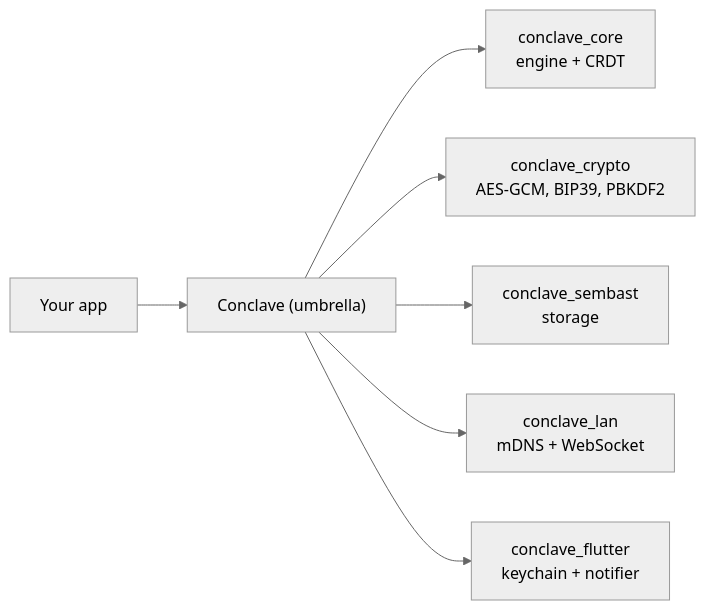
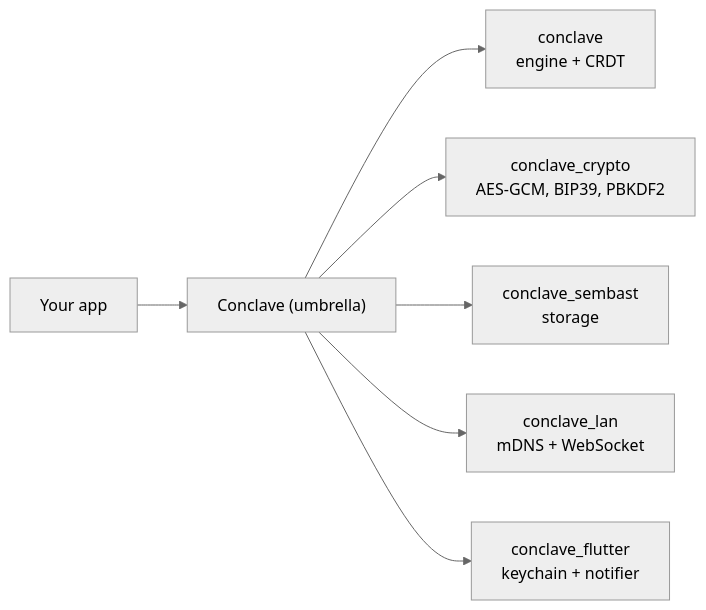
Before and after one commit to nodsoftware/passnote: the diagram in docs/index.md, drawn with Mermaid (neutral theme). The commit also changed other lines of this file and 122 other files, not shown here.

Commit message:
🚚 Rename conclave_core to conclave; fold the umbrella into conclave_flutter.

````diff
--- a/docs/index.md
+++ b/docs/index.md
@@ -41,9 +41,9 @@
 ```mermaid
 flowchart LR
   App["Your app"] --> C["Conclave (umbrella)"]
-  C --> Core["conclave_core<br/>engine + CRDT"]
+  C --> Core["conclave<br/>engine + CRDT"]
   C --> Crypto["conclave_crypto<br/>AES-GCM, BIP39, PBKDF2"]
   C --> Sembast["conclave_sembast<br/>storage"]
   C --> Lan["conclave_lan<br/>mDNS + WebSocket"]
   C --> Flutter["conclave_flutter<br/>keychain + notifier"]
 ```
````
